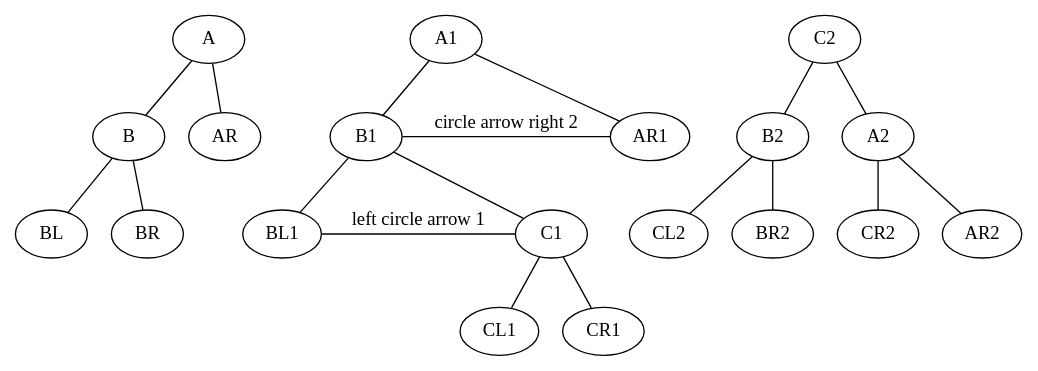
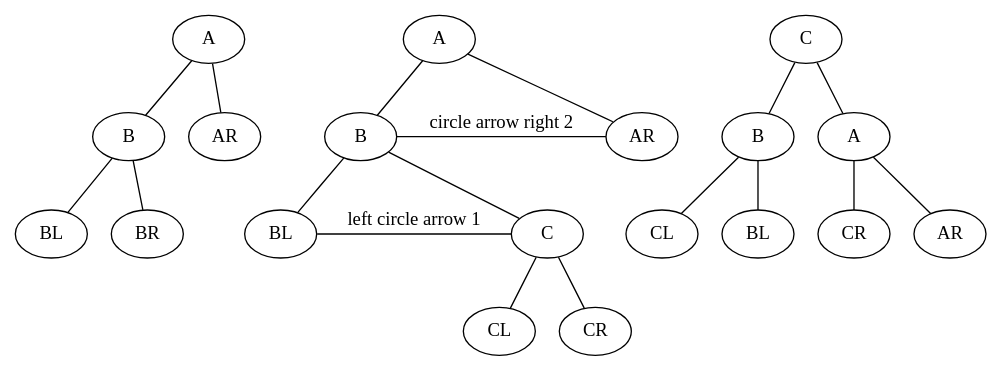
Before and after one commit to ZX1209/CloudStudio: the fifth of 6 diagrams in Notes/王道-数据结构-第五章-树与二叉树-大纲-408.md, drawn with Graphviz. The commit also changed other lines of this file and 29 other files, not shown here.

````diff
--- a/Notes/王道-数据结构-第五章-树与二叉树-大纲-408.md
+++ b/Notes/王道-数据结构-第五章-树与二叉树-大纲-408.md
@@ -276,18 +277,47 @@
 ```dot
 graph abc{
     rankdir=TB
     A -- {B,AR}
     B -- {BL,BR}
 
+
+    
+
+
+
     A1 -- {rank=same;B1,AR1}
     B1 -- {rank=same;BL1 , C1}
     C1 -- {CL1,CR1}
 
-    C2 -- { B2,A2}
-    B2 -- {CL2,BR2}
+    C2 -- {rank=same; B2,A2}
+    B2 -- {CL2,BL2}
     A2 -- {CR2,AR2}
 
     B1 -- AR1[label="circle arrow right 2"]
     BL1 -- C1[label="left circle arrow 1"]
+
+    A1[label=A]
+    B1[label=B]
+    C1[label=C]
+    
+    A2[label=A]
+    B2[label=B]
+    C2[label=C]
+
+    BL1[label=BL]
+
+
+    CR1[label=CR]
+    CR2[label=CR]
+
+    AR1[label=AR]
+    AR2[label=AR]
+
+    CL1[label=CL]
+    CL2[label=CL]
+
+
+    BL2[label=BL]
+  
 }
 ```
````
